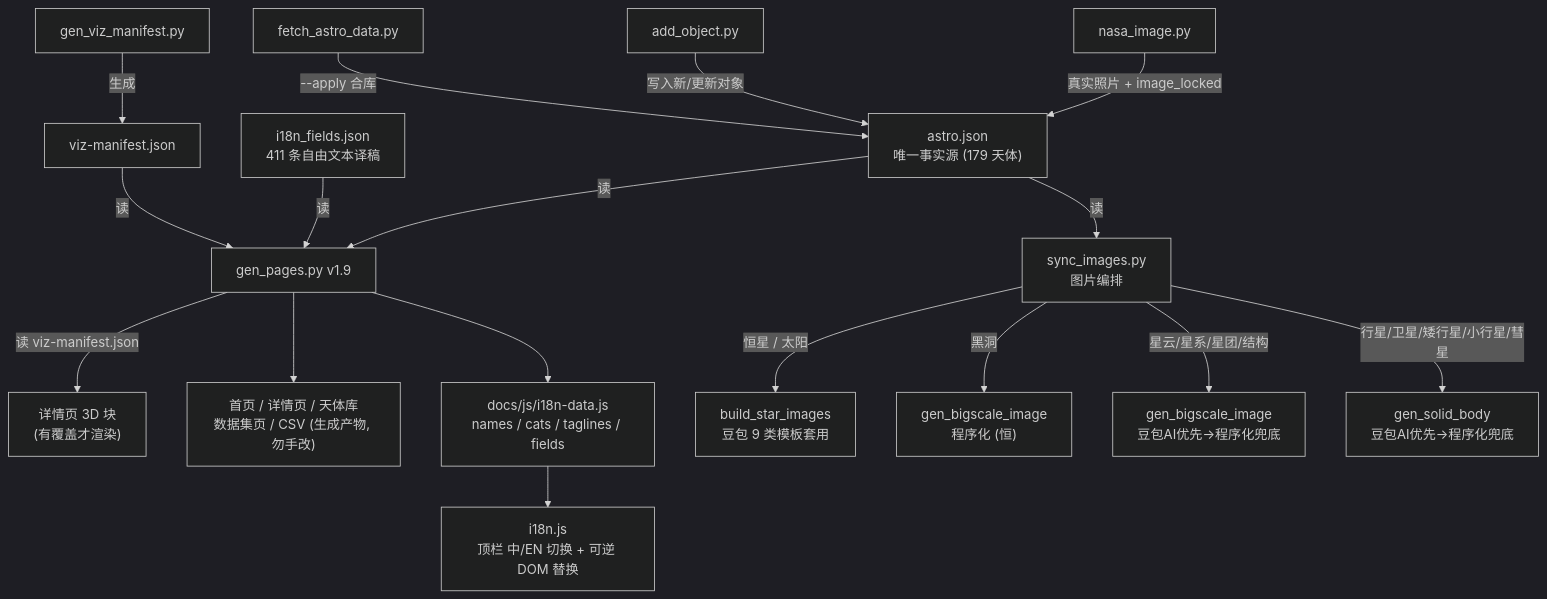
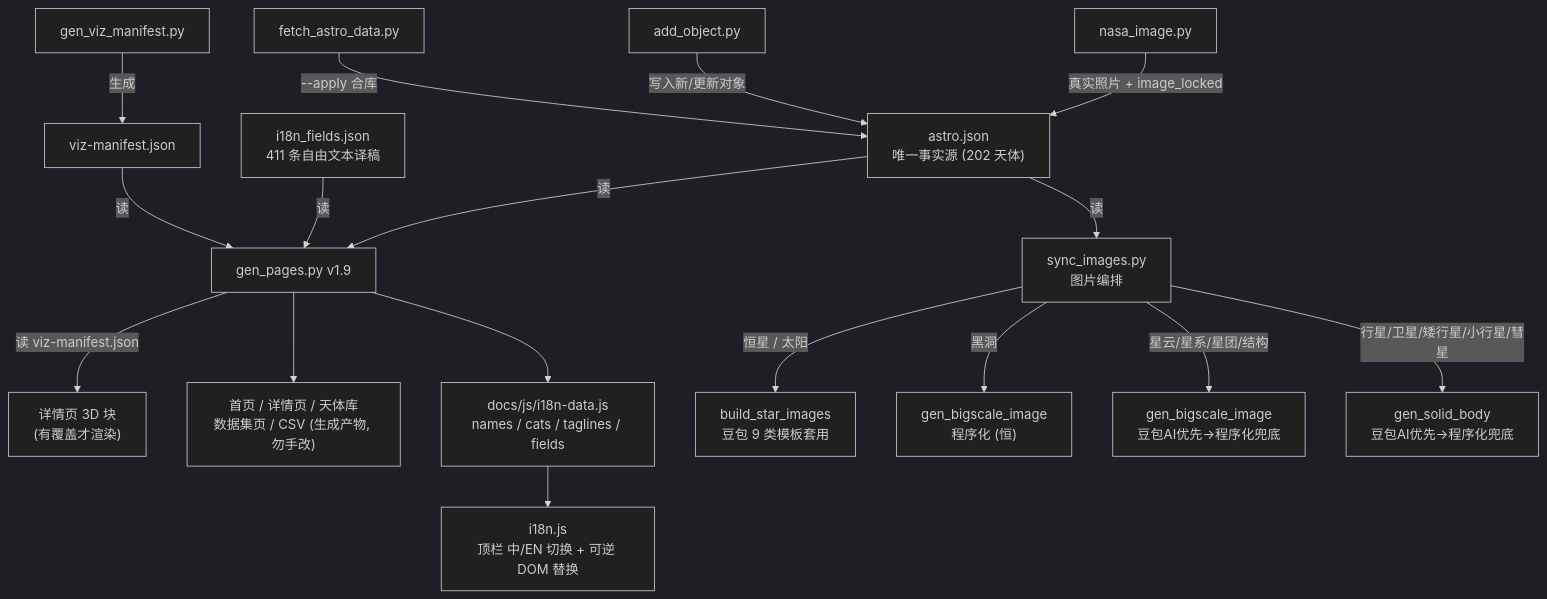
One commit to yufengwolf/astro-blog changed the first of 9 diagrams in 维护指南.md. Above: the diagram before and after it, drawn with Mermaid (dark theme). The commit also changed other lines of this file and 239 other files, not shown here.

````diff
--- a/维护指南.md
+++ b/维护指南.md
@@ -11,19 +11,19 @@
 ```mermaid
 flowchart TD
-    A["astro.json<br/>唯一事实源 (179 天体)"] -->|读| B["gen_pages.py v1.9"]
+    A["astro.json<br/>唯一事实源 (202 天体)"] -->|读| B["gen_pages.py v1.9"]
     B -->|读 viz-manifest.json| V["详情页 3D 块<br/>(有覆盖才渲染)"]
     B --> C["首页 / 详情页 / 天体库<br/>数据集页 / CSV (生成产物, 勿手改)"]
     FE["i18n_fields.json<br/>411 条自由文本译稿"] -->|读| B
     B --> ID["docs/js/i18n-data.js<br/>names / cats / taglines / fields"]
     ID --> RT["i18n.js<br/>顶栏 中/EN 切换 + 可逆 DOM 替换"]
     VM["gen_viz_manifest.py"] -->|生成| VMF["viz-manifest.json"]
     VMF -->|读| B
     A -->|读| D["sync_images.py<br/>图片编排"]
     D -->|恒星 / 太阳| E["build_star_images<br/>豆包 9 类模板套用"]
     D -->|黑洞| F0["gen_bigscale_image<br/>程序化 (恒)"]
     D -->|星云/星系/星团/结构| F["gen_bigscale_image<br/>豆包AI优先→程序化兜底"]
     D -->|行星/卫星/矮行星/小行星/彗星| G["gen_solid_body<br/>豆包AI优先→程序化兜底"]
     H["nasa_image.py"] -->|真实照片 + image_locked| A
     I["add_object.py"] -->|写入新/更新对象| A
     J["fetch_astro_data.py"] -->|--apply 合库| A
 ```
````
